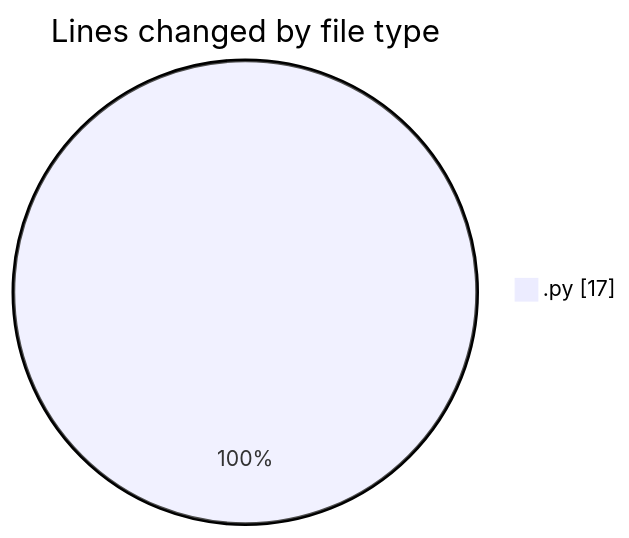
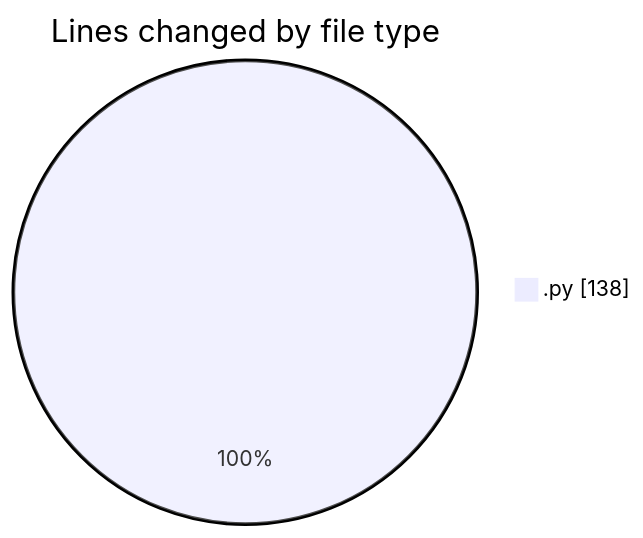
One commit to julien-gomy/code-tracking changed the first of 2 diagrams in 2025-10-17/eventscop-api-guide__workspace_/README.md. Above: the diagram before and after it, drawn with Mermaid. The commit also changed other lines of this file and 1 other file, not shown here.

````diff
--- a/2025-10-17/eventscop-api-guide__workspace_/README.md
+++ b/2025-10-17/eventscop-api-guide__workspace_/README.md
@@ -20,5 +21,5 @@
 ```mermaid
 pie showData
 title Lines changed by file type
-".py" : 17
+".py" : 138
 ```
````
